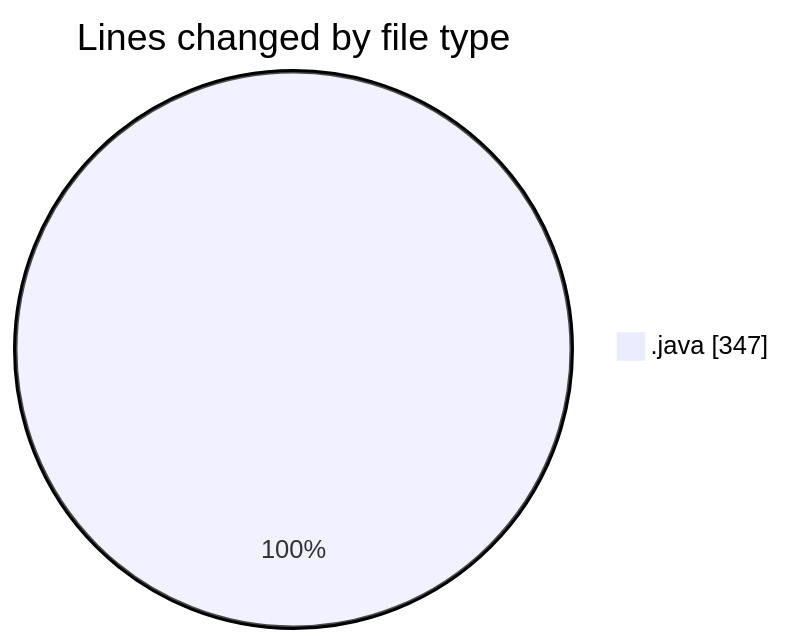
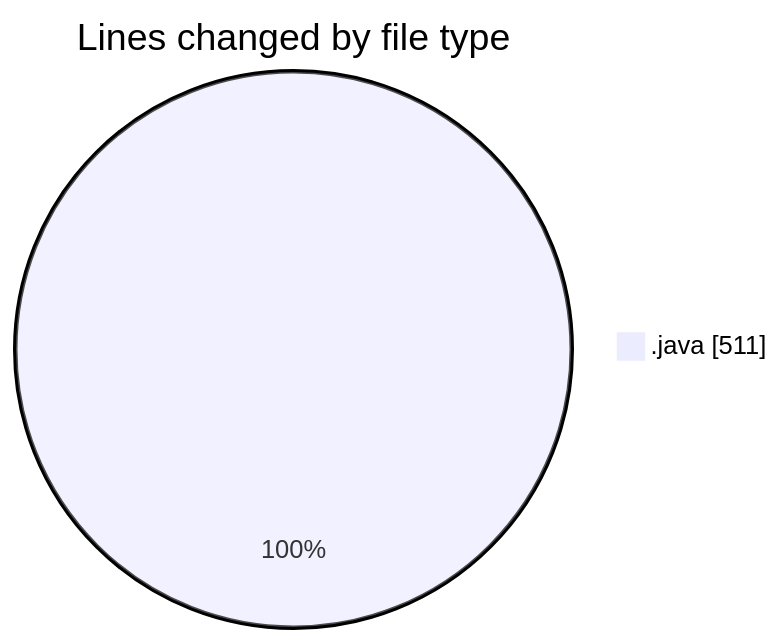
One commit to ricardozamudiocil/code-tracking changed the first of 2 diagrams in 2026-04-29/cilapp/README.md. Above: the diagram before and after it, drawn with Mermaid. The commit also changed other lines of this file and 1 other file, not shown here.

````diff
--- a/2026-04-29/cilapp/README.md
+++ b/2026-04-29/cilapp/README.md
@@ -22,5 +23,5 @@
 ```mermaid
 pie showData
 title Lines changed by file type
-".java" : 347
+".java" : 511
 ```
````
